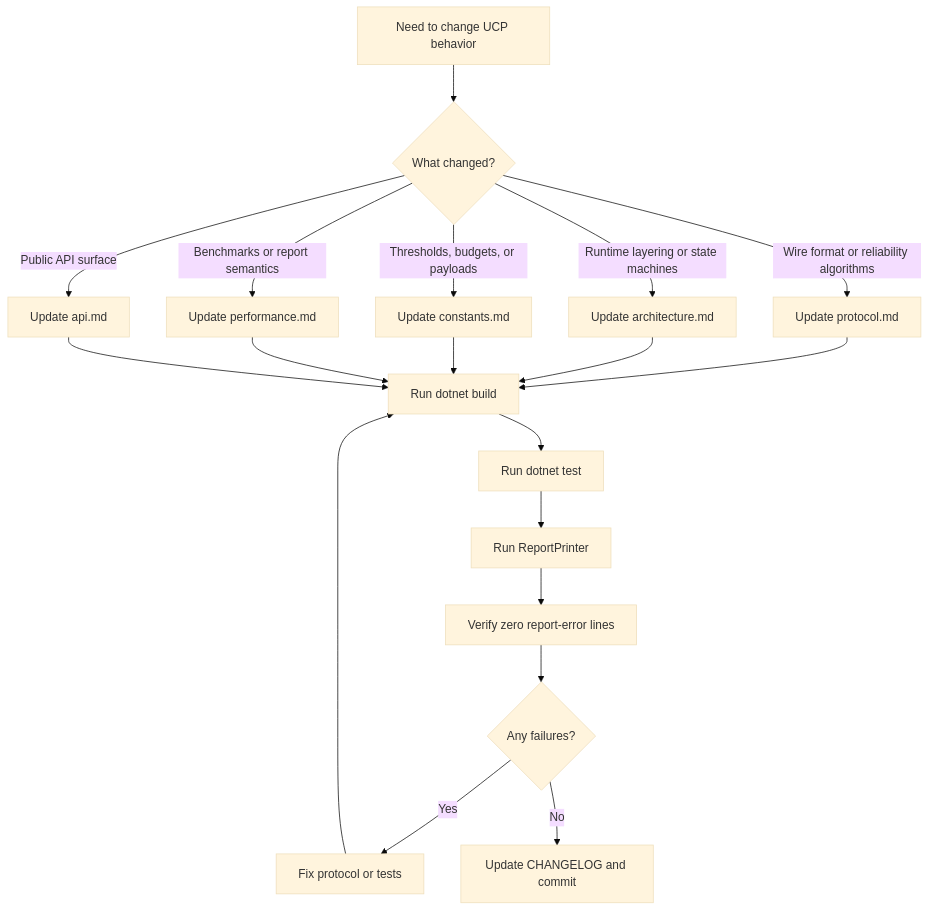
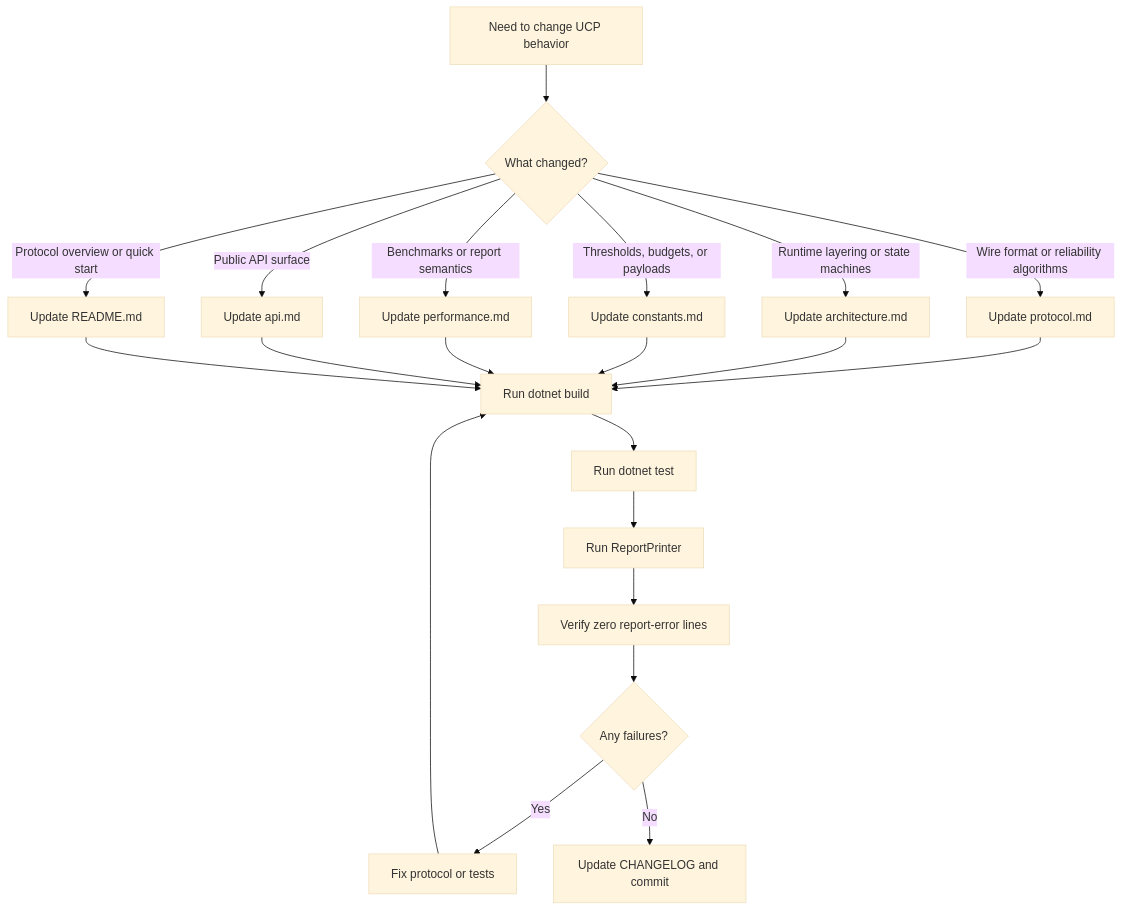
Before and after one commit to liulilittle/ucp: the third of 3 diagrams in docs/index.md, drawn with Mermaid (base theme). The commit also changed other lines of this file and 17 other files, not shown here.

Commit message:
Zero build warnings, zero build errors

````diff
--- a/docs/index.md
+++ b/docs/index.md
@@ -199,21 +243,23 @@
 ```mermaid
 flowchart TD
     A[Need to change UCP behavior] --> B{What changed?}
     B -->|Wire format or reliability algorithms| C[Update protocol.md]
     B -->|Runtime layering or state machines| D[Update architecture.md]
     B -->|Thresholds, budgets, or payloads| E[Update constants.md]
     B -->|Benchmarks or report semantics| F[Update performance.md]
     B -->|Public API surface| G[Update api.md]
-    C --> H[Run dotnet build]
-    D --> H
-    E --> H
-    F --> H
-    G --> H
-    H --> I[Run dotnet test]
-    I --> J[Run ReportPrinter]
-    J --> K[Verify zero report-error lines]
-    K --> L{Any failures?}
-    L -->|Yes| M[Fix protocol or tests]
-    L -->|No| N[Update CHANGELOG and commit]
-    M --> H
+    B -->|Protocol overview or quick start| H[Update README.md]
+    C --> I[Run dotnet build]
+    D --> I
+    E --> I
+    F --> I
+    G --> I
+    H --> I
+    I --> J[Run dotnet test]
+    J --> K[Run ReportPrinter]
+    K --> L[Verify zero report-error lines]
+    L --> M{Any failures?}
+    M -->|Yes| N[Fix protocol or tests]
+    M -->|No| O[Update CHANGELOG and commit]
+    N --> I
 ```
````
